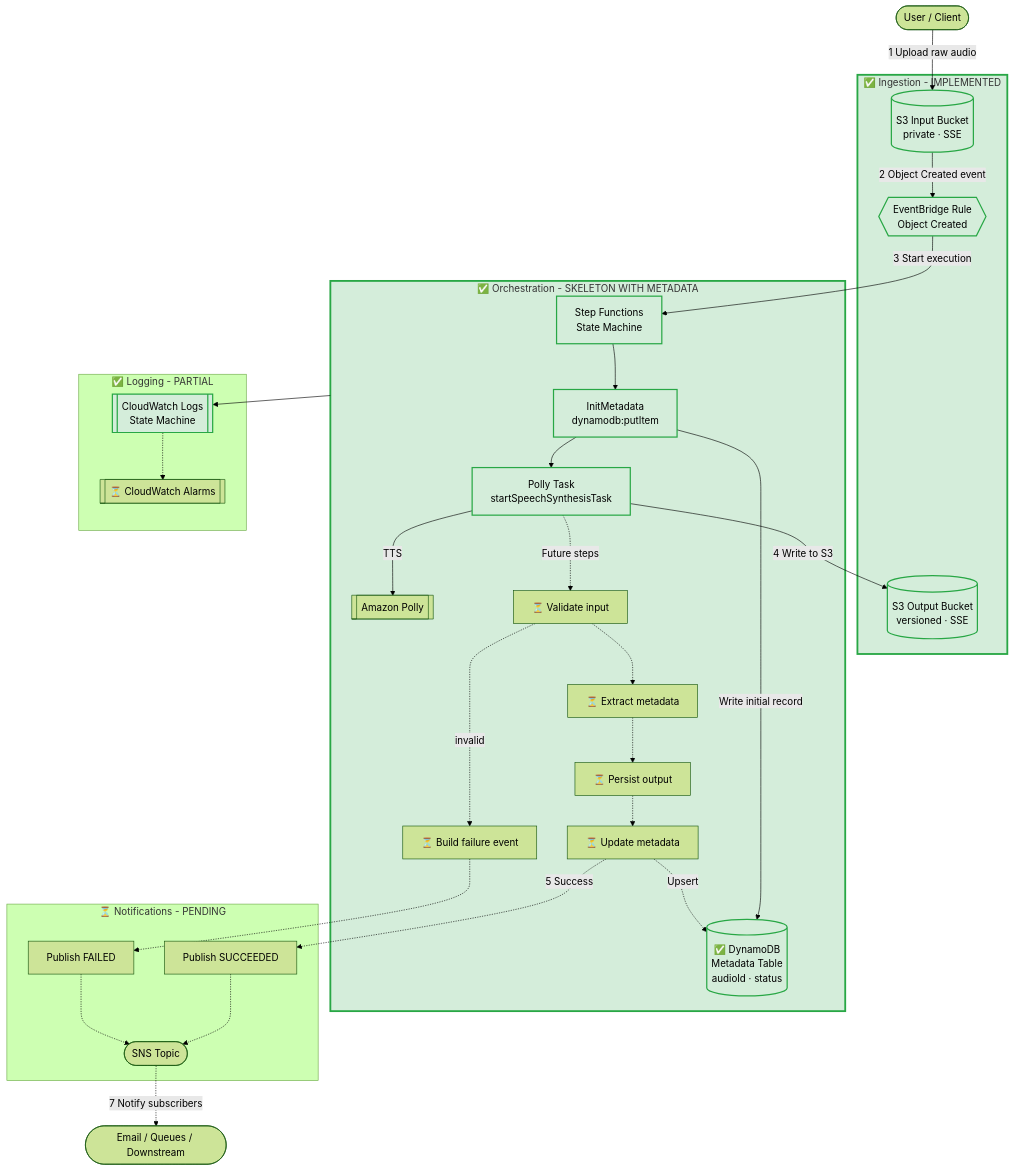
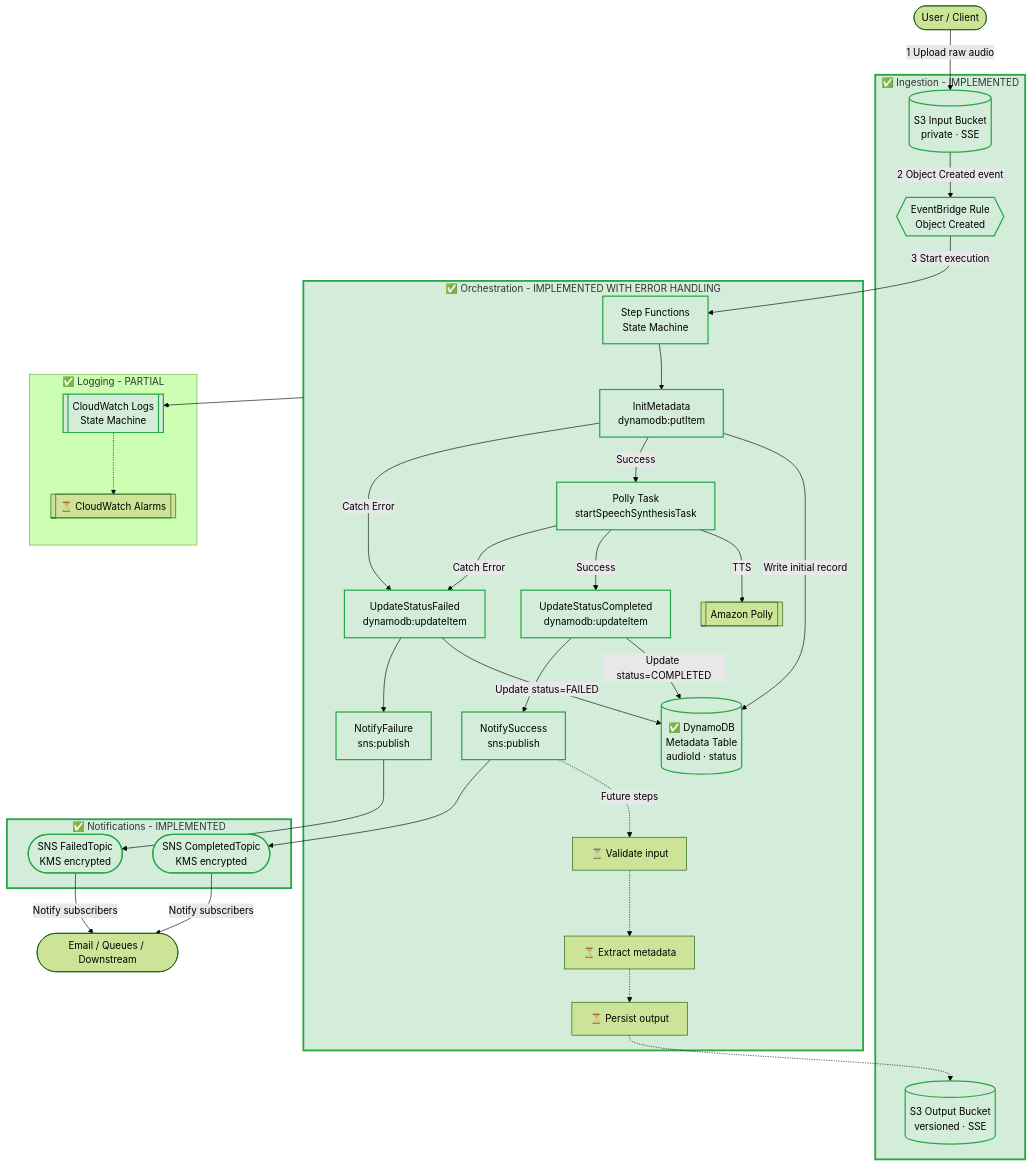
The diagram in ARCHITECTURE.md (obstreperous-ai/cdk-sleep-csharp-copilot), drawn with Mermaid (forest theme) before and after one commit. The commit also changed other lines of this file, not shown here.

First line of the commit message:
docs: Update ARCHITECTURE.md for Issue #6 - SNS notifications and error handling

````diff
--- a/ARCHITECTURE.md
+++ b/ARCHITECTURE.md
@@ -201,70 +237,82 @@
 ```mermaid
 flowchart TD
     user([User / Client]) -->|1 Upload raw audio| inputBucket
 
     subgraph ingestion[✅ Ingestion - IMPLEMENTED]
         inputBucket[(S3 Input Bucket<br/>private · SSE)]
         eventBridge{{EventBridge Rule<br/>Object Created}}
         inputBucket -->|2 Object Created event| eventBridge
         outputBucket[(S3 Output Bucket<br/>versioned · SSE)]
     end
 
     eventBridge -->|3 Start execution| sfn
 
-    subgraph processing[✅ Orchestration - SKELETON WITH METADATA]
+    subgraph processing[✅ Orchestration - IMPLEMENTED WITH ERROR HANDLING]
         sfn[Step Functions<br/>State Machine]
         initMetadata[InitMetadata<br/>dynamodb:putItem]
         pollyTask[Polly Task<br/>startSpeechSynthesisTask]
+        updateCompleted[UpdateStatusCompleted<br/>dynamodb:updateItem]
+        updateFailed[UpdateStatusFailed<br/>dynamodb:updateItem]
+        notifySuccess[NotifySuccess<br/>sns:publish]
+        notifyFailure[NotifyFailure<br/>sns:publish]
         
         sfn --> initMetadata
         initMetadata -->|Write initial record| dynamo
-        initMetadata --> pollyTask
+        initMetadata -->|Success| pollyTask
+        initMetadata -->|Catch Error| updateFailed
         pollyTask -->|TTS| polly[[Amazon Polly]]
+        pollyTask -->|Success| updateCompleted
+        pollyTask -->|Catch Error| updateFailed
+        updateCompleted -->|Update status=COMPLETED| dynamo
+        updateFailed -->|Update status=FAILED| dynamo
+        updateCompleted --> notifySuccess
+        updateFailed --> notifyFailure
         
         validate[⏳ Validate input]
         metadata[⏳ Extract metadata]
         persist[⏳ Persist output]
-        updateMetadata[⏳ Update metadata]
         
-        pollyTask -.->|Future steps| validate
+        notifySuccess -.->|Future steps| validate
         validate -.-> metadata
         metadata -.-> persist
-        persist -.-> updateMetadata
-        updateMetadata -.->|Upsert| dynamo
-        validate -.->|invalid| failNotify
+        persist -.-> outputBucket
     end
     
     dynamo[(✅ DynamoDB<br/>Metadata Table<br/>audioId · status)]
 
-    pollyTask -->|4 Write to S3| outputBucket
-    updateMetadata -.->|5 Success| successNotify
-    failNotify[⏳ Build failure event]
-
-    subgraph notifications[⏳ Notifications - PENDING]
-        successNotify[Publish SUCCEEDED]
-        failNotify -.-> snsFail[Publish FAILED]
-        successNotify -.-> sns([SNS Topic])
-        snsFail -.-> sns
+    subgraph notifications[✅ Notifications - IMPLEMENTED]
+        snsCompleted([SNS CompletedTopic<br/>KMS encrypted])
+        snsFailed([SNS FailedTopic<br/>KMS encrypted])
+        notifySuccess --> snsCompleted
+        notifyFailure --> snsFailed
     end
 
-    sns -.->|7 Notify subscribers| subscribers([Email / Queues / Downstream])
+    snsCompleted -->|Notify subscribers| subscribers([Email / Queues / Downstream])
+    snsFailed -->|Notify subscribers| subscribers
 
     subgraph observability[✅ Logging - PARTIAL]
         logs[[CloudWatch Logs<br/>State Machine]]
         alarms[[⏳ CloudWatch Alarms]]
     end
 
     processing --> logs
     logs -.-> alarms
 
     style ingestion fill:#d4edda,stroke:#28a745,stroke-width:3px
     style inputBucket fill:#d4edda,stroke:#28a745,stroke-width:2px
     style eventBridge fill:#d4edda,stroke:#28a745,stroke-width:2px
     style outputBucket fill:#d4edda,stroke:#28a745,stroke-width:2px
     style processing fill:#d4edda,stroke:#28a745,stroke-width:3px
     style sfn fill:#d4edda,stroke:#28a745,stroke-width:2px
     style initMetadata fill:#d4edda,stroke:#28a745,stroke-width:2px
     style pollyTask fill:#d4edda,stroke:#28a745,stroke-width:2px
     style dynamo fill:#d4edda,stroke:#28a745,stroke-width:2px
     style logs fill:#d4edda,stroke:#28a745,stroke-width:2px
+    style updateCompleted fill:#d4edda,stroke:#28a745,stroke-width:2px
+    style updateFailed fill:#d4edda,stroke:#28a745,stroke-width:2px
+    style notifySuccess fill:#d4edda,stroke:#28a745,stroke-width:2px
+    style notifyFailure fill:#d4edda,stroke:#28a745,stroke-width:2px
+    style notifications fill:#d4edda,stroke:#28a745,stroke-width:3px
+    style snsCompleted fill:#d4edda,stroke:#28a745,stroke-width:2px
+    style snsFailed fill:#d4edda,stroke:#28a745,stroke-width:2px
 ```
````
